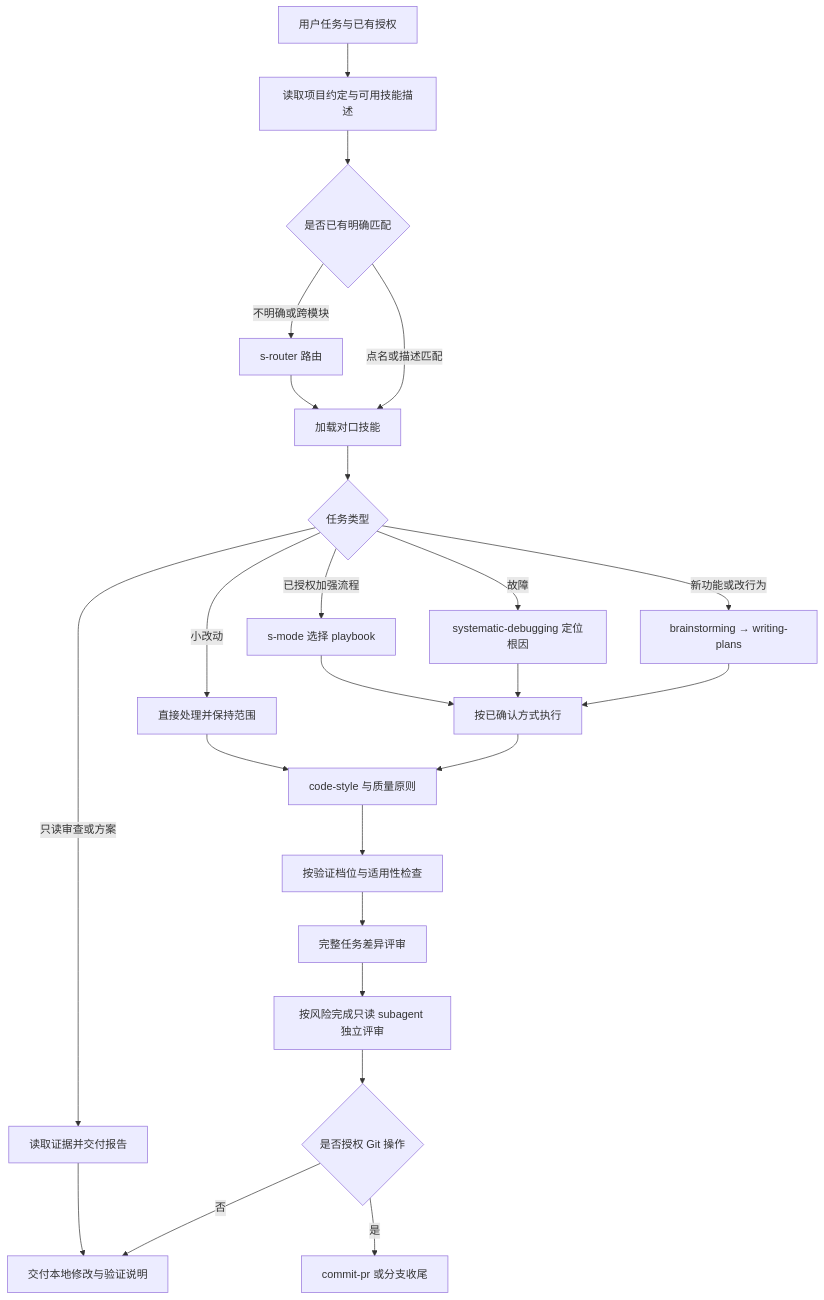
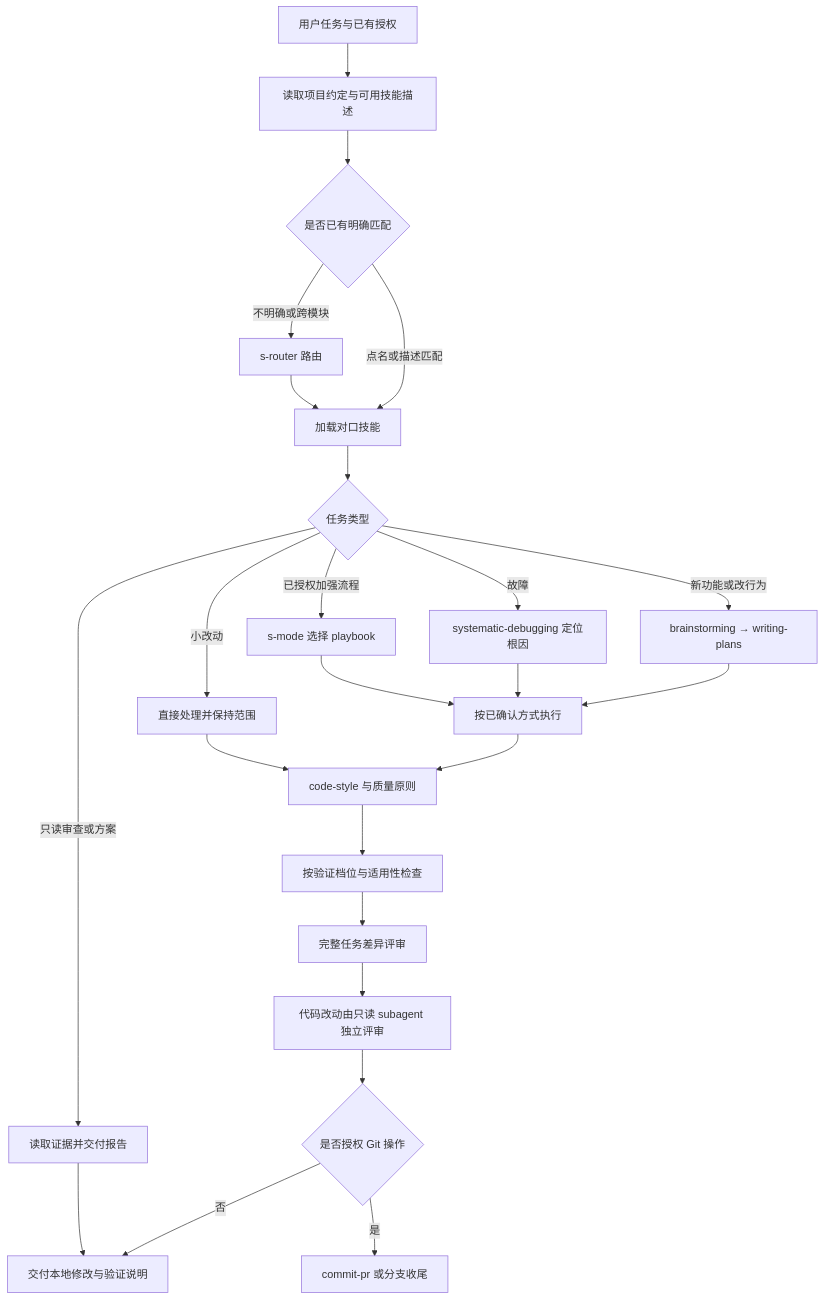
Before and after one commit to Acefake/s-skills: the diagram in README.md, drawn with Mermaid. The commit also changed other lines of this file and 15 other files, not shown here.

````diff
--- a/README.md
+++ b/README.md
@@ -56,25 +56,25 @@
 ```mermaid
 flowchart TD
     A[用户任务与已有授权] --> B[读取项目约定与可用技能描述]
     B --> C{是否已有明确匹配}
     C -->|点名或描述匹配| D[加载对口技能]
     C -->|不明确或跨模块| R[s-router 路由] --> D
     D --> E{任务类型}
     E -->|小改动| F[直接处理并保持范围]
     E -->|新功能或改行为| G[brainstorming → writing-plans]
     E -->|故障| H[systematic-debugging 定位根因]
     E -->|只读审查或方案| I[读取证据并交付报告]
     E -->|已授权加强流程| J[s-mode 选择 playbook]
     G --> K[按已确认方式执行]
     H --> K
     J --> K
     K --> L[code-style 与质量原则]
     F --> L
     L --> M[按验证档位与适用性检查]
     M --> N[完整任务差异评审]
-    N --> V[按风险完成只读 subagent 独立评审]
+    N --> V[代码改动由只读 subagent 独立评审]
     V --> O{是否授权 Git 操作}
     O -->|否| P[交付本地修改与验证说明]
     O -->|是| Q[commit-pr 或分支收尾]
     I --> P
 ```
````
